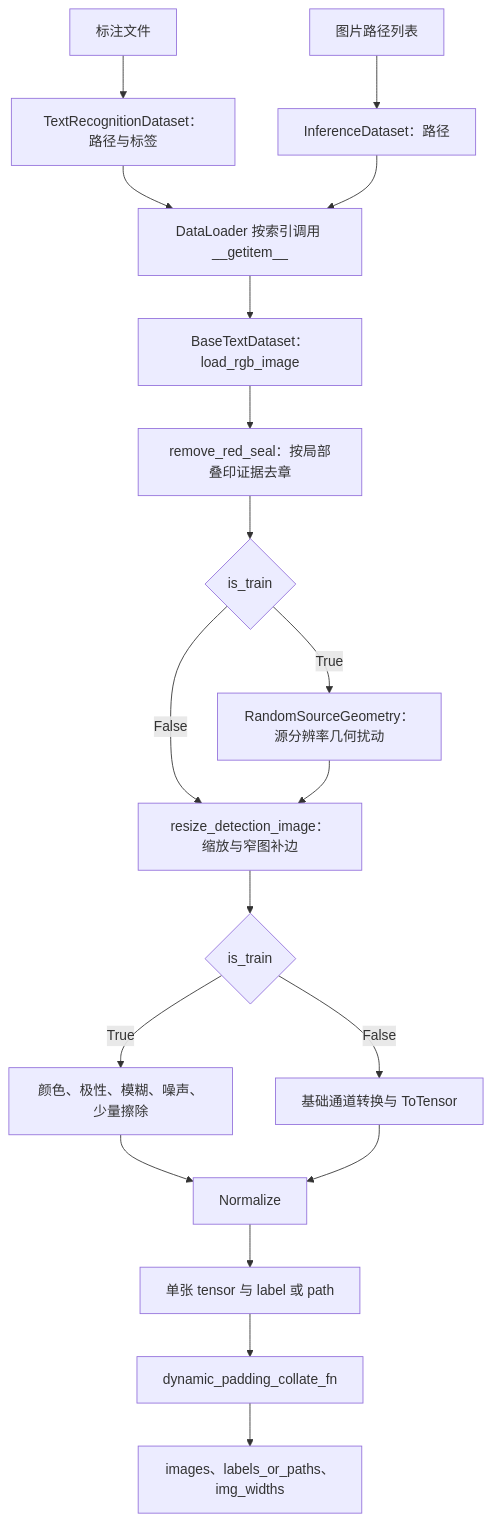
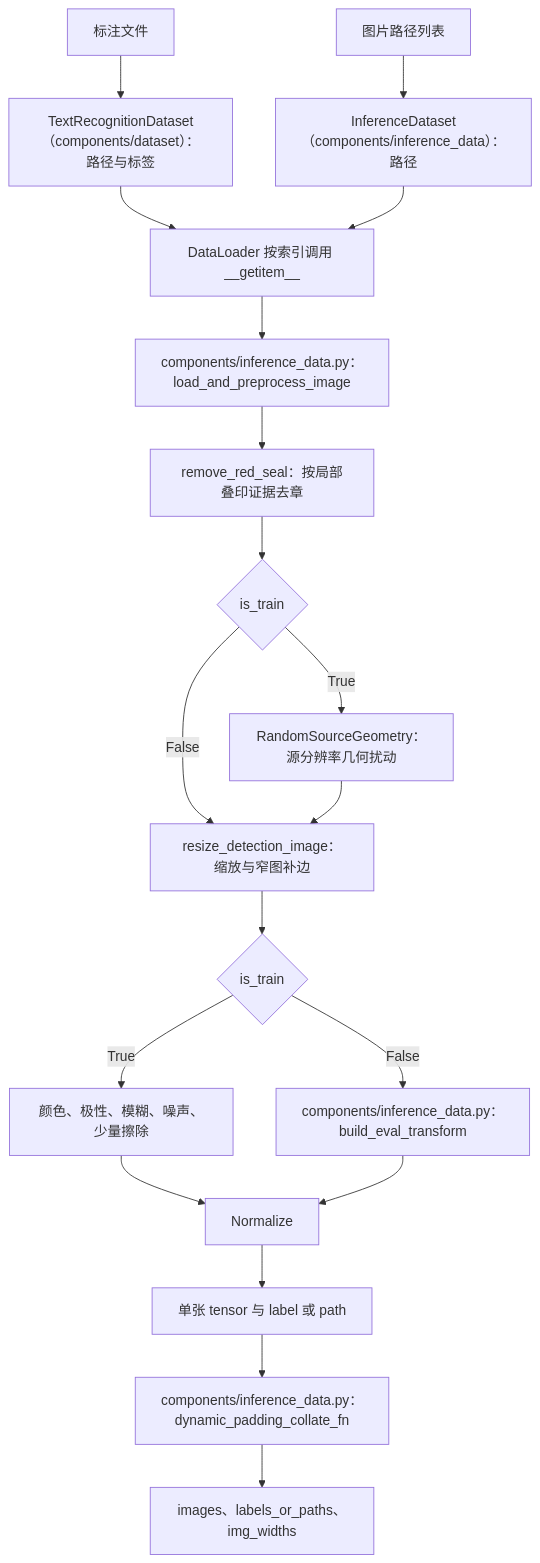
One commit to MAKENOTES/ocr-web changed the first of 2 diagrams in docs/recogniton/guides/code-walkthrough/dataset-analysis.md. Above: the diagram before and after it, drawn with Mermaid. The commit also changed other lines of this file and 27 other files, not shown here.

````diff
--- a/docs/recogniton/guides/code-walkthrough/dataset-analysis.md
+++ b/docs/recogniton/guides/code-walkthrough/dataset-analysis.md
@@ -47,21 +60,21 @@
 ```mermaid
 flowchart TD
-    ANN["标注文件"] --> TD["TextRecognitionDataset：路径与标签"]
-    PATHS["图片路径列表"] --> ID["InferenceDataset：路径"]
+    ANN["标注文件"] --> TD["TextRecognitionDataset（components/dataset）：路径与标签"]
+    PATHS["图片路径列表"] --> ID["InferenceDataset（components/inference_data）：路径"]
     TD --> GET["DataLoader 按索引调用 __getitem__"]
     ID --> GET
-    GET --> LOAD["BaseTextDataset：load_rgb_image"]
+    GET --> LOAD["components/inference_data.py：load_and_preprocess_image"]
     LOAD --> SEAL["remove_red_seal：按局部叠印证据去章"]
     SEAL --> GEO{"is_train"}
     GEO -->|True| SRC["RandomSourceGeometry：源分辨率几何扰动"]
     GEO -->|False| SIZE["resize_detection_image：缩放与窄图补边"]
     SRC --> SIZE
     SIZE --> TRAIN{"is_train"}
     TRAIN -->|True| AUG["颜色、极性、模糊、噪声、少量擦除"]
-    TRAIN -->|False| BASIC["基础通道转换与 ToTensor"]
+    TRAIN -->|False| BASIC["components/inference_data.py：build_eval_transform"]
     AUG --> NORM["Normalize"]
     BASIC --> NORM
     NORM --> SAMPLE["单张 tensor 与 label 或 path"]
-    SAMPLE --> COLLATE["dynamic_padding_collate_fn"]
+    SAMPLE --> COLLATE["components/inference_data.py：dynamic_padding_collate_fn"]
     COLLATE --> OUT["images、labels_or_paths、img_widths"]
 ```
````
